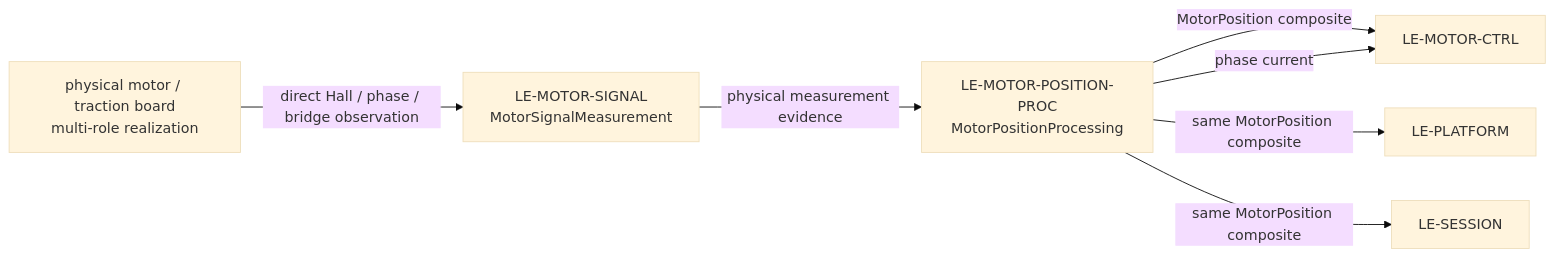
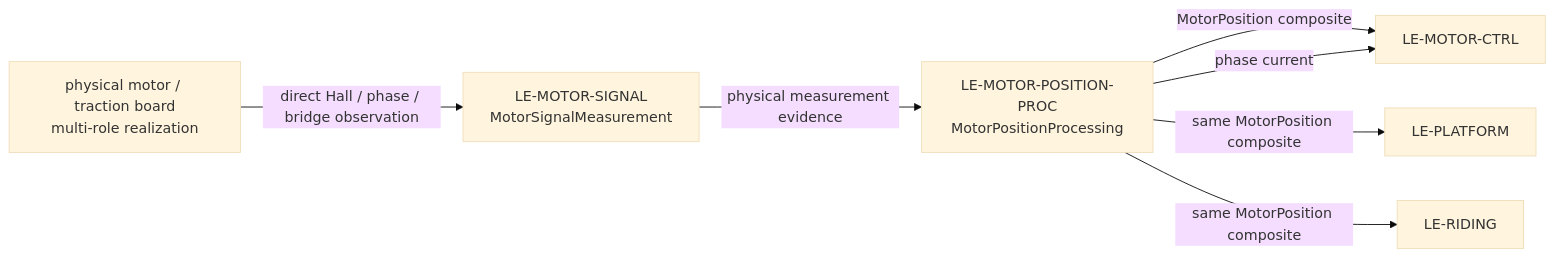
The diagram in .devenv/Architecture/SystemArchitecture/Modelling/Traction/Decomposition/MotorPositionEstimation/README.md (dhellhake/X2CityMCU), drawn with Mermaid (base theme) before and after one commit. The commit also changed other lines of this file and 93 other files, not shown here.

Commit message:
Refactored RidingControl on System Architecture

````diff
--- a/.devenv/Architecture/SystemArchitecture/Modelling/Traction/Decomposition/MotorPositionEstimation/README.md
+++ b/.devenv/Architecture/SystemArchitecture/Modelling/Traction/Decomposition/MotorPositionEstimation/README.md
@@ -7,9 +7,9 @@
 ```mermaid
 flowchart LR
     PHYS["physical motor / traction board\nmulti-role realization"] -->|direct Hall / phase / bridge observation| MSM["LE-MOTOR-SIGNAL\nMotorSignalMeasurement"]
     MSM -->|physical measurement evidence| MPP["LE-MOTOR-POSITION-PROC\nMotorPositionProcessing"]
     MPP -->|MotorPosition composite| MC["LE-MOTOR-CTRL"]
     MPP -->|same MotorPosition composite| PL["LE-PLATFORM"]
-    MPP -->|same MotorPosition composite| SP["LE-SESSION"]
+    MPP -->|same MotorPosition composite| SP["LE-RIDING"]
     MPP -->|phase current| MC
 ```
````
